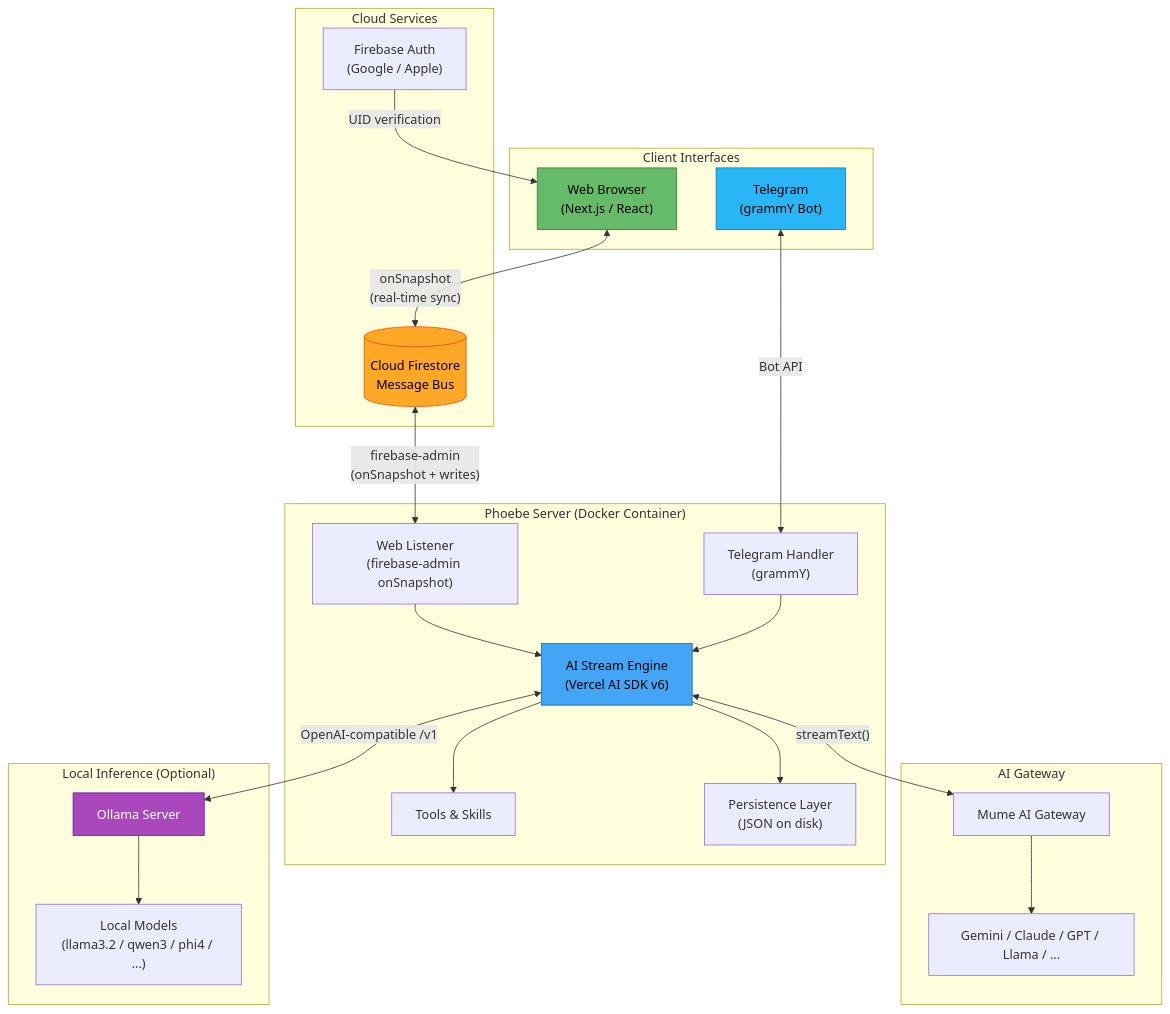
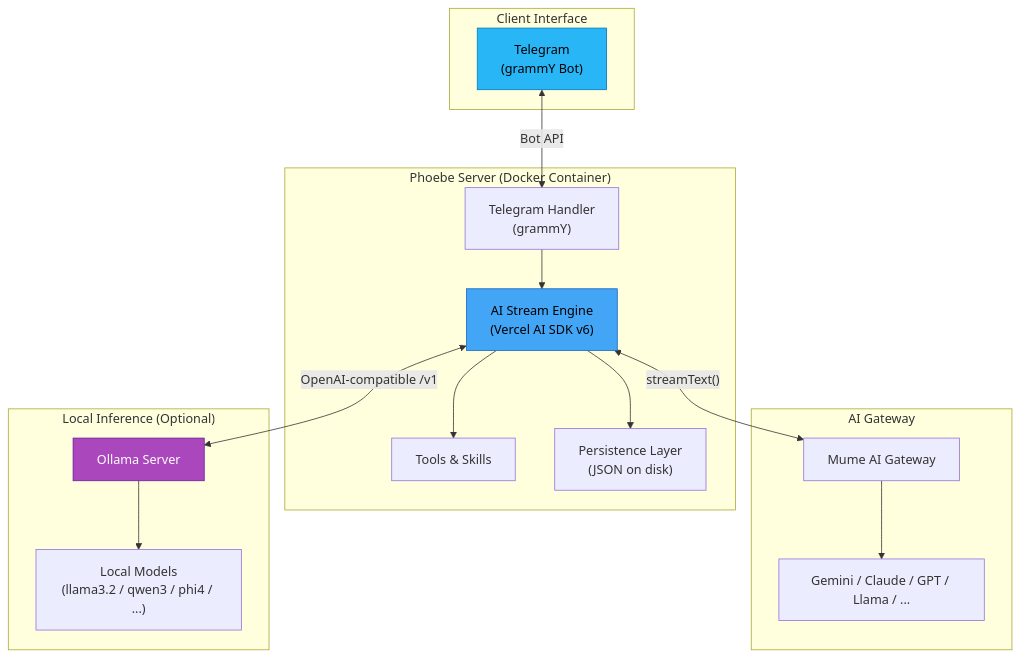
One commit to muse-mesh/phoebe changed the first of 9 diagrams in ARCHITECTURE.md. Above: the diagram before and after it, drawn with Mermaid. The commit also changed other lines of this file and 11 other files, not shown here.

First line of the commit message:
refactor: remove Firebase/Firestore integration — Telegram only

````diff
--- a/ARCHITECTURE.md
+++ b/ARCHITECTURE.md
@@ -34,49 +31,36 @@
 ```mermaid
 graph TB
-    subgraph "Client Interfaces"
+    subgraph "Client Interface"
         TG["Telegram<br/>(grammY Bot)"]
-        WEB["Web Browser<br/>(Next.js / React)"]
-    end
-
-    subgraph "Cloud Services"
-        FS[("Cloud Firestore<br/>Message Bus")]
-        AUTH["Firebase Auth<br/>(Google / Apple)"]
     end
 
     subgraph "Phoebe Server (Docker Container)"
-        LISTENER["Web Listener<br/>(firebase-admin onSnapshot)"]
         AI["AI Stream Engine<br/>(Vercel AI SDK v6)"]
         TOOLS["Tools & Skills"]
         TGBOT["Telegram Handler<br/>(grammY)"]
         PERSIST["Persistence Layer<br/>(JSON on disk)"]
     end
 
     subgraph "AI Gateway"
         OR["Mume AI Gateway"]
         MODELS["Gemini / Claude / GPT / Llama / ..."]
     end
 
     subgraph "Local Inference (Optional)"
         OLLAMA["Ollama Server"]
         LOCAL["Local Models<br/>(llama3.2 / qwen3 / phi4 / ...)"]
     end
 
     TG <-->|"Bot API"| TGBOT
-    WEB <-->|"onSnapshot<br/>(real-time sync)"| FS
-    FS <-->|"firebase-admin<br/>(onSnapshot + writes)"| LISTENER
-    AUTH -->|"UID verification"| WEB
-    LISTENER --> AI
     TGBOT --> AI
     AI <-->|"streamText()"| OR
     OR --> MODELS
     AI <-->|"OpenAI-compatible /v1"| OLLAMA
     OLLAMA --> LOCAL
     AI --> TOOLS
     AI --> PERSIST
 
-    style FS fill:#FFA726,stroke:#E65100,color:#000
     style AI fill:#42A5F5,stroke:#1565C0,color:#000
-    style WEB fill:#66BB6A,stroke:#2E7D32,color:#000
     style TG fill:#29B6F6,stroke:#0277BD,color:#000
     style OLLAMA fill:#AB47BC,stroke:#6A1B9A,color:#FFF
 ```
````
